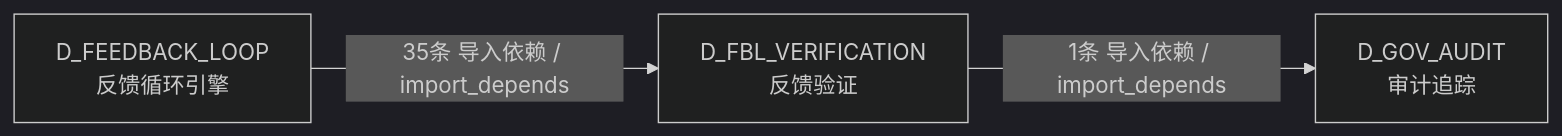
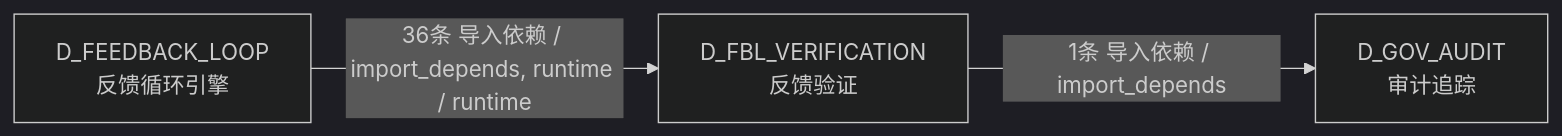
Before and after one commit to xuanFelixVan/ZephyrAlpha: the sixth of 6 diagrams in docs/02_enterprise_architecture/02_domain_architecture_docs/13_d_fbl_verification.md, drawn with Mermaid (dark theme). The commit also changed other lines of this file and 81 other files, not shown here.

````diff
--- a/docs/02_enterprise_architecture/02_domain_architecture_docs/13_d_fbl_verification.md
+++ b/docs/02_enterprise_architecture/02_domain_architecture_docs/13_d_fbl_verification.md
@@ -490,8 +492,8 @@
 ```mermaid
 graph LR
     D_FBL_VERIFICATION["D_FBL_VERIFICATION<br/>反馈验证"]
     D_GOV_AUDIT["D_GOV_AUDIT<br/>审计追踪"]
     D_FEEDBACK_LOOP["D_FEEDBACK_LOOP<br/>反馈循环引擎"]
     D_FBL_VERIFICATION -->|1条 导入依赖 / import_depends| D_GOV_AUDIT
-    D_FEEDBACK_LOOP -->|35条 导入依赖 / import_depends| D_FBL_VERIFICATION
+    D_FEEDBACK_LOOP -->|36条 导入依赖 / import_depends, runtime / runtime| D_FBL_VERIFICATION
 ```
````
